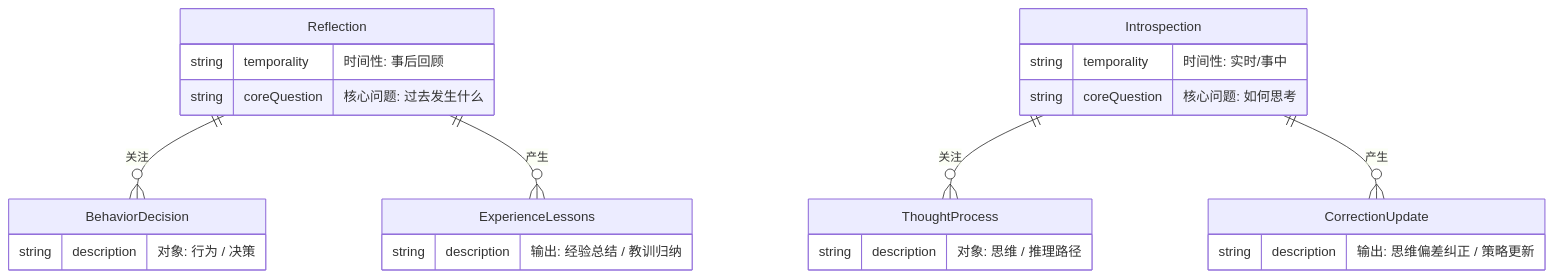
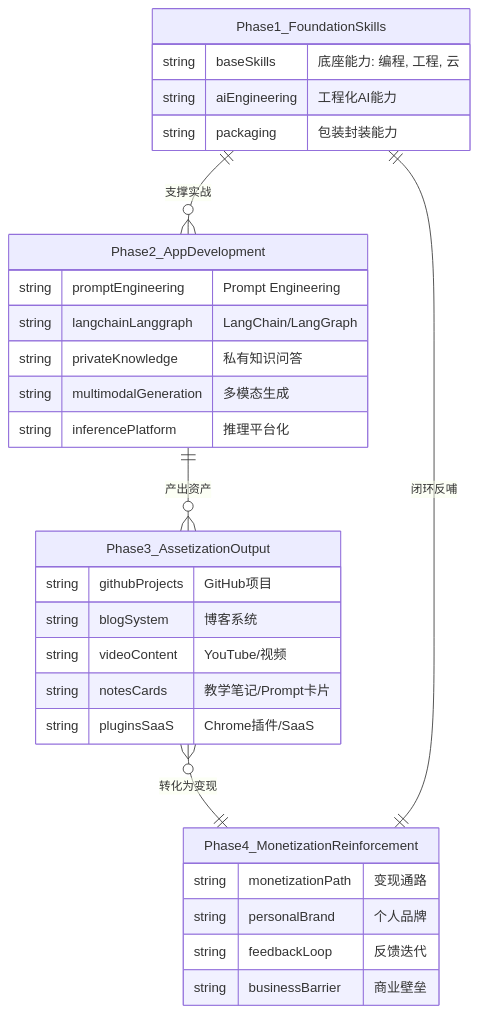
Before and after one commit to duanbiao2000/obsidianDoc: the diagram in 5.Misc/copilot-custom-prompts/Mermaid-实体关系图.md, drawn with Mermaid. The commit also changed other lines of this file and 11 other files, not shown here.

````diff
--- a/5.Misc/copilot-custom-prompts/Mermaid-实体关系图.md
+++ b/5.Misc/copilot-custom-prompts/Mermaid-实体关系图.md
@@ -4,28 +4,33 @@
 ```mermaid
 erDiagram
-    Reflection {
-        string temporality "时间性: 事后回顾"
-        string coreQuestion "核心问题: 过去发生什么"
+    Phase1_FoundationSkills {
+        string baseSkills "底座能力: 编程, 工程, 云"
+        string aiEngineering "工程化AI能力"
+        string packaging "包装封装能力"
     }
-    Introspection {
-        string temporality "时间性: 实时/事中"
-        string coreQuestion "核心问题: 如何思考"
+    Phase2_AppDevelopment {
+        string promptEngineering "Prompt Engineering"
+        string langchainLanggraph "LangChain/LangGraph"
+        string privateKnowledge "私有知识问答"
+        string multimodalGeneration "多模态生成"
+        string inferencePlatform "推理平台化"
     }
-    BehaviorDecision {
-        string description "对象: 行为 / 决策"
+    Phase3_AssetizationOutput {
+        string githubProjects "GitHub项目"
+        string blogSystem "博客系统"
+        string videoContent "YouTube/视频"
+        string notesCards "教学笔记/Prompt卡片"
+        string pluginsSaaS "Chrome插件/SaaS"
     }
-    ThoughtProcess {
-        string description "对象: 思维 / 推理路径"
-    }
-    ExperienceLessons {
-        string description "输出: 经验总结 / 教训归纳"
-    }
-    CorrectionUpdate {
-        string description "输出: 思维偏差纠正 / 策略更新"
+    Phase4_MonetizationReinforcement {
+        string monetizationPath "变现通路"
+        string personalBrand "个人品牌"
+        string feedbackLoop "反馈迭代"
+        string businessBarrier "商业壁垒"
     }
 
-    Reflection ||--o{ BehaviorDecision : "关注"
-    Reflection ||--o{ ExperienceLessons : "产生"
-    Introspection ||--o{ ThoughtProcess : "关注"
-    Introspection ||--o{ CorrectionUpdate : "产生"
+    Phase1_FoundationSkills ||--o{ Phase2_AppDevelopment : "支撑实战"
+    Phase2_AppDevelopment ||--o{ Phase3_AssetizationOutput : "产出资产"
+    Phase3_AssetizationOutput o{--|| Phase4_MonetizationReinforcement : "转化为变现"
+    Phase4_MonetizationReinforcement ||--|| Phase1_FoundationSkills : "闭环反哺"
 ```
````
